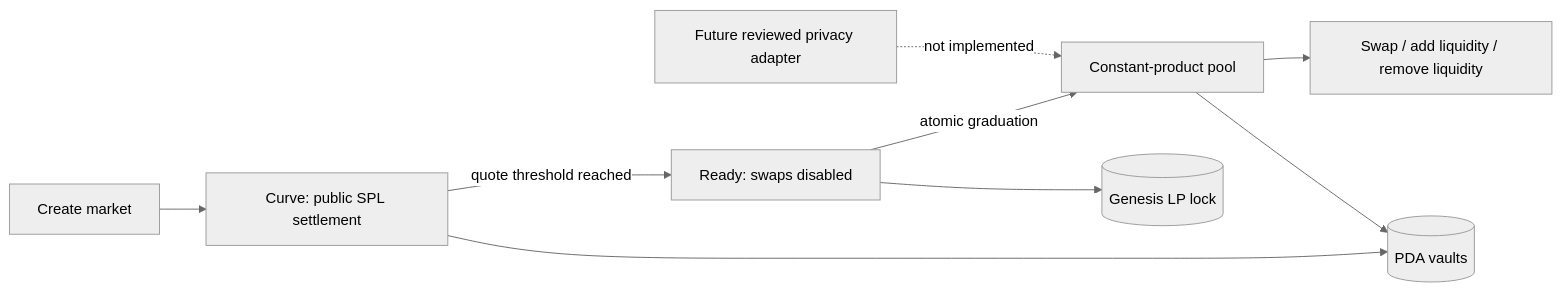
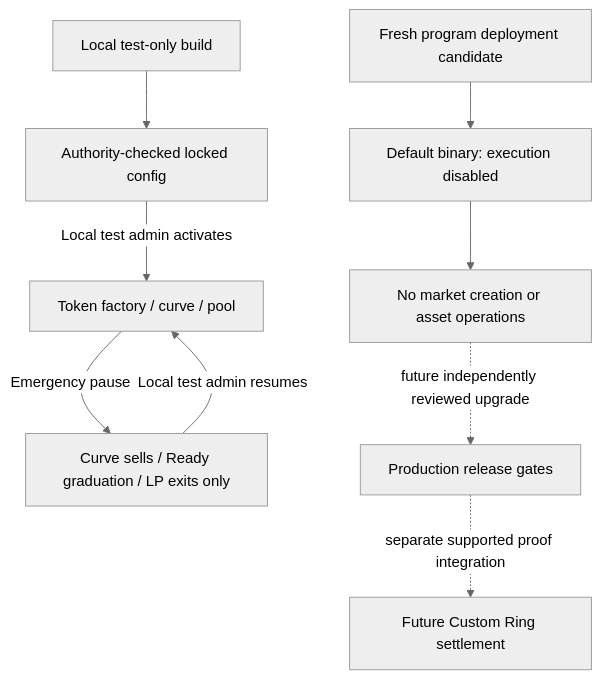
One commit to ghostrings/zolana changed the diagram in protocol/ghost-markets/README.md. Above: the diagram before and after it, drawn with Mermaid (neutral theme). The commit also changed other lines of this file and 53 other files, not shown here.

````diff
--- a/protocol/ghost-markets/README.md
+++ b/protocol/ghost-markets/README.md
@@ -21,11 +26,11 @@
 ```mermaid
-flowchart LR
-    A[Create market] --> B[Curve: public SPL settlement]
-    B -->|quote threshold reached| C[Ready: swaps disabled]
-    C -->|atomic graduation| D[Constant-product pool]
-    D --> E[Swap / add liquidity / remove liquidity]
-    B --> F[(PDA vaults)]
-    D --> F
-    C --> G[(Genesis LP lock)]
-    H[Future reviewed privacy adapter] -. not implemented .-> D
+flowchart TD
+    A[Fresh program deployment candidate] --> B[Default binary: execution disabled]
+    B --> C[No market creation or asset operations]
+    D[Local test-only build] --> E[Authority-checked locked config]
+    E -->|Local test admin activates| F[Token factory / curve / pool]
+    F -->|Emergency pause| G[Curve sells / Ready graduation / LP exits only]
+    G -->|Local test admin resumes| F
+    C -. future independently reviewed upgrade .-> H[Production release gates]
+    H -. separate supported proof integration .-> I[Future Custom Ring settlement]
 ```
````
